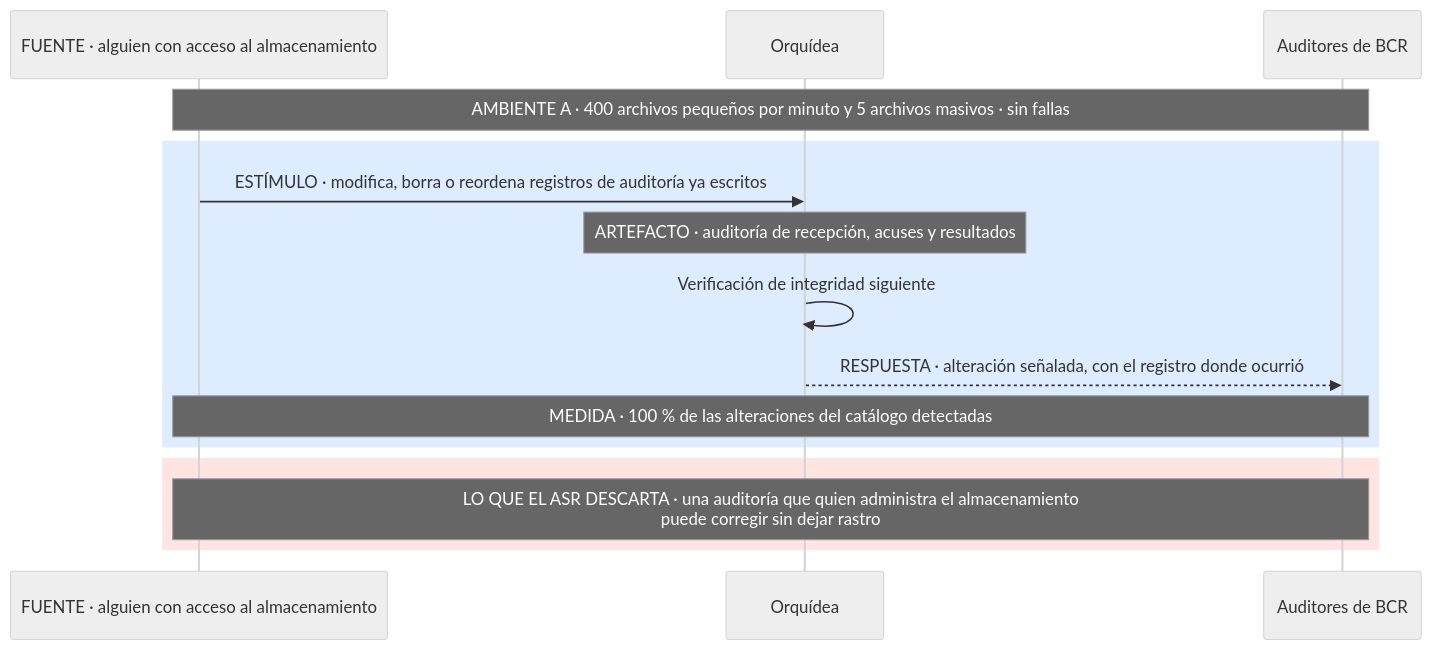
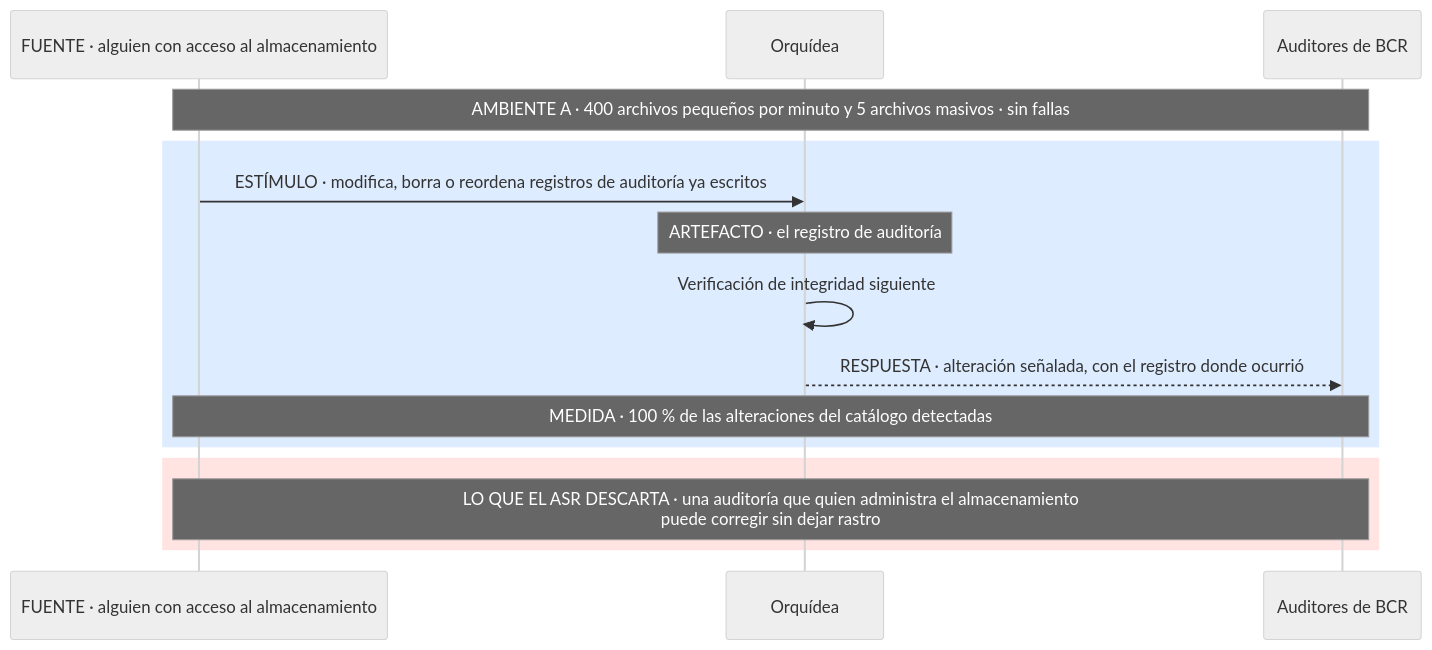
Before and after one commit to MATI-MBIT/arqsoft-reto-4: diagram 16 of 17 in docs/quality-attributes.md, drawn with Mermaid (neutral theme). The commit also changed other lines of this file and 3 other files, not shown here.

````diff
--- a/docs/quality-attributes.md
+++ b/docs/quality-attributes.md
@@ -709,17 +709,17 @@
 ```mermaid
 sequenceDiagram
     participant X as FUENTE · alguien con acceso al almacenamiento
     participant O as Orquídea
     participant Au as Auditores de BCR
     Note over X,Au: AMBIENTE A · 400 archivos pequeños por minuto y 5 archivos masivos · sin fallas
     rect rgb(222, 236, 255)
     X->>O: ESTÍMULO · modifica, borra o reordena registros de auditoría ya escritos
-    Note over O: ARTEFACTO · auditoría de recepción, acuses y resultados
+    Note over O: ARTEFACTO · el registro de auditoría
     O->>O: Verificación de integridad siguiente
     O-->>Au: RESPUESTA · alteración señalada, con el registro donde ocurrió
     Note over X,Au: MEDIDA · 100 % de las alteraciones del catálogo detectadas
     end
     rect rgb(255, 228, 225)
     Note over X,Au: LO QUE EL ASR DESCARTA · una auditoría que quien administra el almacenamiento<br/>puede corregir sin dejar rastro
     end
 ```
````
